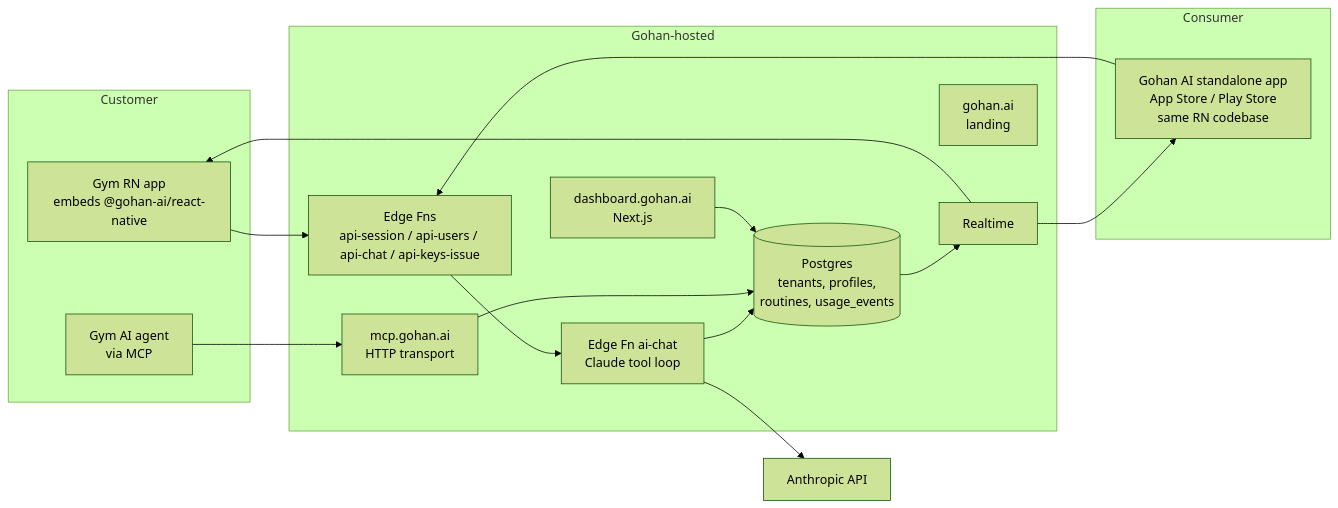
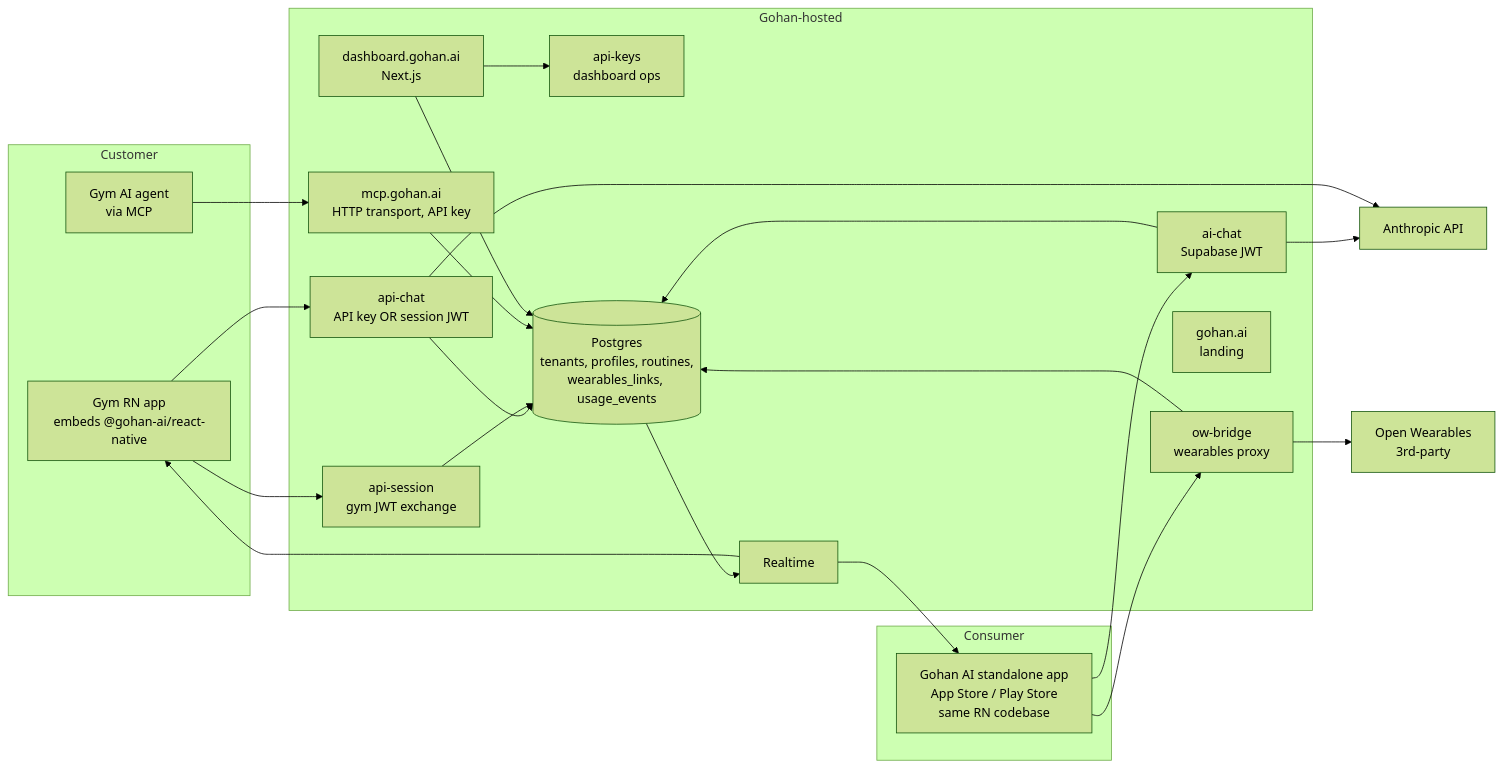
The fourth of 6 diagrams in docs/ARCHITECTURE.md (platanus-hack/platanus-hack-26-ar-team-16), drawn with Mermaid (forest theme) before and after one commit. The commit also changed other lines of this file and 31 other files, not shown here.

Commit message:
architectural improv, tech debt and ui improv

````diff
--- a/docs/ARCHITECTURE.md
+++ b/docs/ARCHITECTURE.md
@@ -245,35 +270,46 @@
 ```mermaid
 flowchart LR
     subgraph Customer
       RNApp[Gym RN app<br/>embeds @gohan-ai/react-native]
       GymAgent[Gym AI agent<br/>via MCP]
     end
 
     subgraph Consumer
       Standalone[Gohan AI standalone app<br/>App Store / Play Store<br/>same RN codebase]
     end
 
     subgraph Gohan["Gohan-hosted"]
-      API[Edge Fns<br/>api-session / api-users / api-chat / api-keys-issue]
-      AI[Edge Fn ai-chat<br/>Claude tool loop]
-      MCP[mcp.gohan.ai<br/>HTTP transport]
-      DB[(Postgres<br/>tenants, profiles,<br/>routines, usage_events)]
+      AI[ai-chat<br/>Supabase JWT]
+      APICHAT[api-chat<br/>API key OR session JWT]
+      APISESSION[api-session<br/>gym JWT exchange]
+      APIKEYS[api-keys<br/>dashboard ops]
+      OW[ow-bridge<br/>wearables proxy]
+      MCP[mcp.gohan.ai<br/>HTTP transport, API key]
+      DB[(Postgres<br/>tenants, profiles, routines,<br/>wearables_links, usage_events)]
       RT[Realtime]
       DASH[dashboard.gohan.ai<br/>Next.js]
       LAND[gohan.ai<br/>landing]
     end
 
     Anthropic[Anthropic API]
+    OWBackend[Open Wearables<br/>3rd-party]
 
-    RNApp --> API
-    Standalone --> API
+    RNApp --> APICHAT
+    RNApp --> APISESSION
+    Standalone --> AI
+    Standalone --> OW
     GymAgent --> MCP
-    API --> AI
     AI --> Anthropic
+    APICHAT --> Anthropic
     AI --> DB
+    APICHAT --> DB
+    APISESSION --> DB
+    OW --> DB
+    OW --> OWBackend
     MCP --> DB
     DB --> RT
     RT --> RNApp
     RT --> Standalone
     DASH --> DB
+    DASH --> APIKEYS
 ```
````
